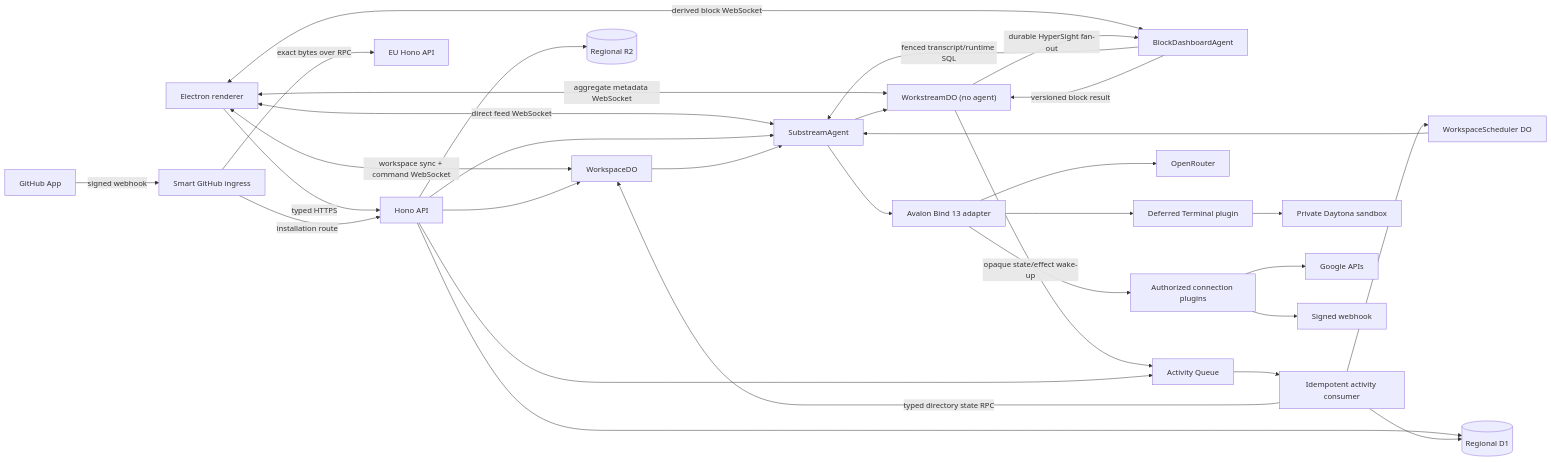
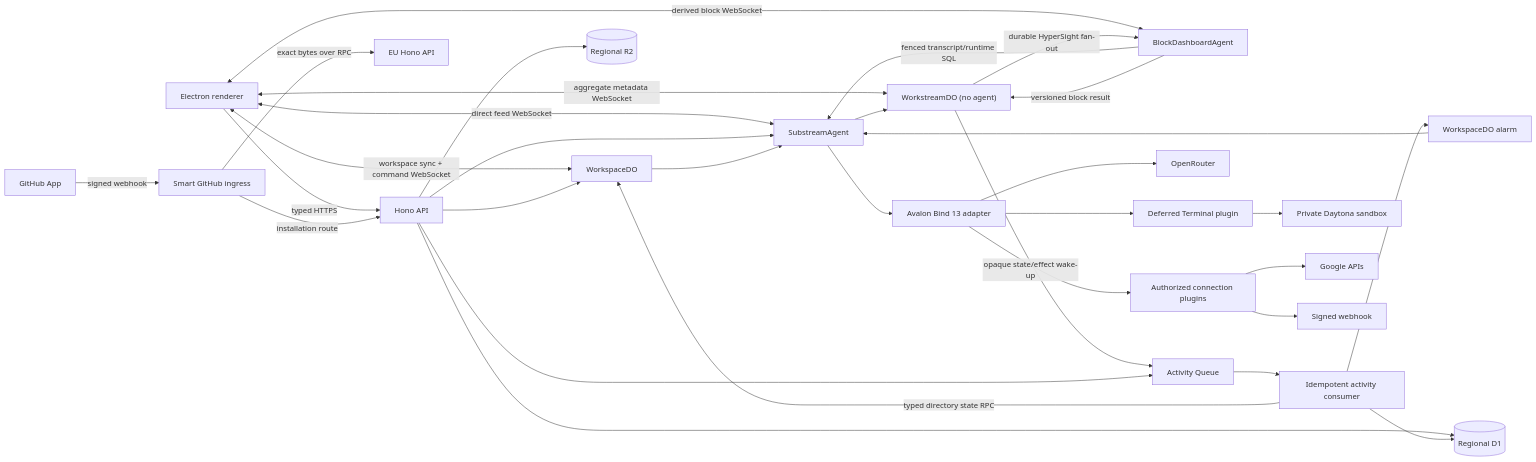
The diagram in docs/architecture.md (juno-ai-labs/avalon), drawn with Mermaid before and after one commit. The commit also changed other lines of this file and 33 other files, not shown here.

````diff
--- a/docs/architecture.md
+++ b/docs/architecture.md
@@ -84,34 +84,34 @@
 ```mermaid
 flowchart LR
   E["Electron renderer"] -->|"typed HTTPS"| H["Hono API"]
   E <-->|"workspace sync + command WebSocket"| WD["WorkspaceDO"]
   E <-->|"aggregate metadata WebSocket"| WS["WorkstreamDO (no agent)"]
   E <-->|"direct feed WebSocket"| SA["SubstreamAgent"]
   E <-->|"derived block WebSocket"| HB["BlockDashboardAgent"]
   WS -->|"durable HyperSight fan-out"| HB["BlockDashboardAgent"]
   HB -->|"fenced transcript/runtime SQL"| SA
   HB -->|"versioned block result"| WS
   H --> D[("Regional D1")]
   H --> B[("Regional R2")]
   H --> WD
   H --> SA
   WD --> SA
   SA --> WS
   WS -->|"opaque state/effect wake-up"| Q
   H --> Q["Activity Queue"]
   GH["GitHub App"] -->|"signed webhook"| GI["Smart GitHub ingress"]
   GI -->|"installation route"| H
   GI -->|"exact bytes over RPC"| EH["EU Hono API"]
   Q --> C["Idempotent activity consumer"]
   C -->|"typed directory state RPC"| WD
   C --> D
-  C --> S["WorkspaceScheduler DO"]
+  C --> S["WorkspaceDO alarm"]
   S --> SA
   SA --> A["Avalon Bind 13 adapter"]
   A --> O["OpenRouter"]
   A --> T["Authorized connection plugins"]
   A --> X["Deferred Terminal plugin"]
   X --> DT["Private Daytona sandbox"]
   T --> G["Google APIs"]
   T --> M["Signed webhook"]
 ```
````
